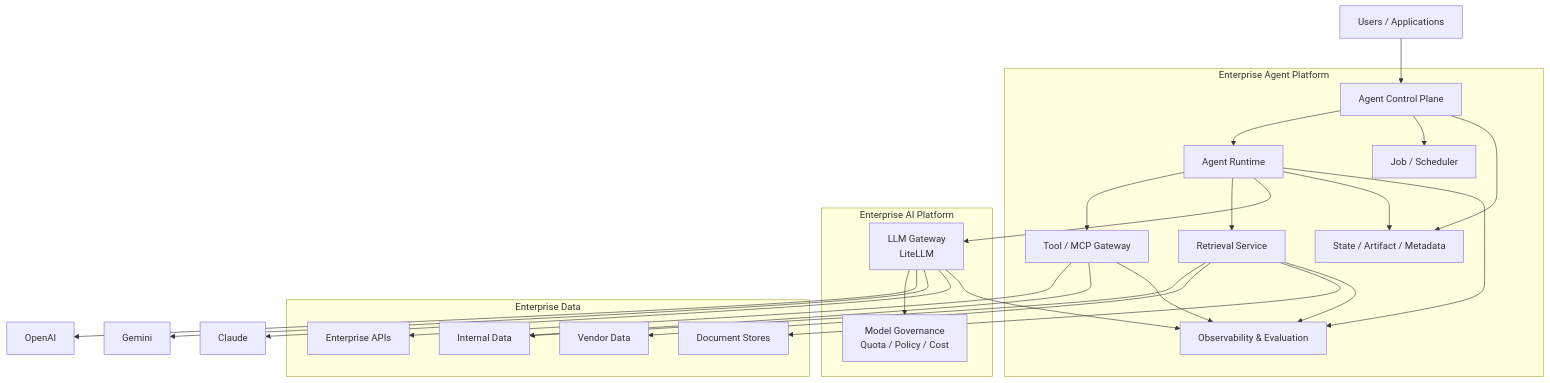
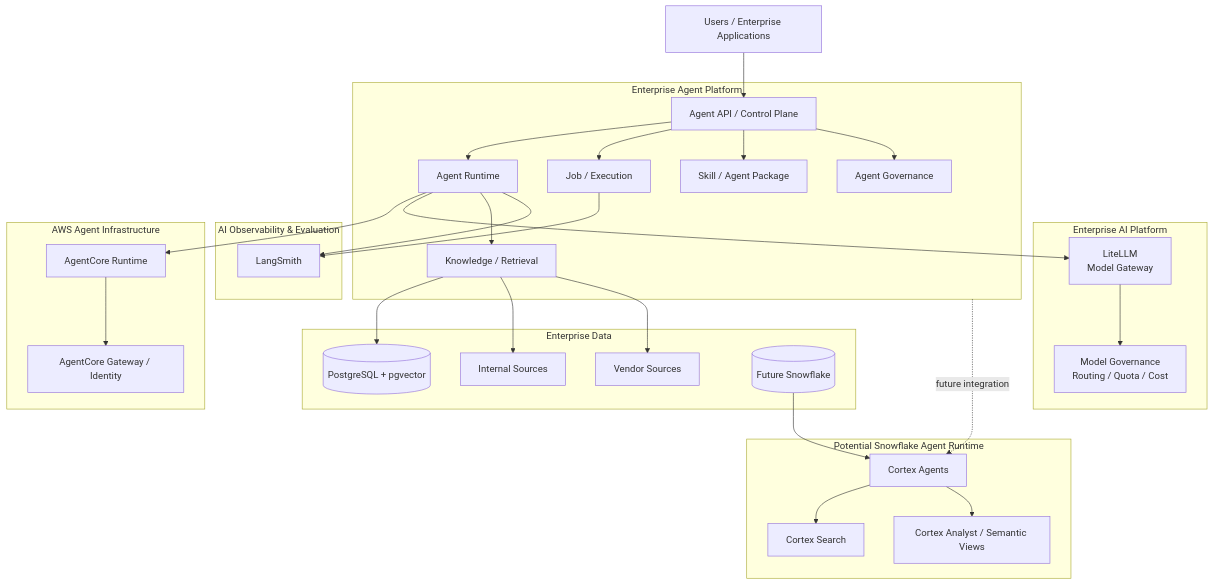
The first of 4 diagrams in temp/agent研究.md (devweekly/devweekly.github.io), drawn with Mermaid before and after one commit. The commit also changed other lines of this file and 2 other files, not shown here.

````diff
--- a/temp/agent研究.md
+++ b/temp/agent研究.md
@@ -48,54 +289,69 @@
 ```mermaid
 flowchart TB
 
-    U[Users / Applications]
+    USER[Users / Enterprise Applications]
+
+    subgraph AIP["Enterprise AI Platform"]
+        LG[LiteLLM<br/>Model Gateway]
+        MG[Model Governance<br/>Routing / Quota / Cost]
+    end
 
     subgraph AP["Enterprise Agent Platform"]
-        CP["Agent Control Plane"]
-        RT["Agent Runtime"]
-        TG["Tool / MCP Gateway"]
-        RS["Retrieval Service"]
-        JO["Job / Scheduler"]
-        OB["Observability & Evaluation"]
-        ST["State / Artifact / Metadata"]
+        CP[Agent API / Control Plane]
+        AR[Agent Runtime]
+        JOB[Job / Execution]
+        SK[Skill / Agent Package]
+        KNOW[Knowledge / Retrieval]
+        GOV[Agent Governance]
     end
 
-    subgraph AIP["Enterprise AI Platform"]
-        LG["LLM Gateway<br/>LiteLLM"]
-        GOV["Model Governance<br/>Quota / Policy / Cost"]
+    subgraph OBS["AI Observability & Evaluation"]
+        LS[LangSmith]
+    end
+
+    subgraph AWS["AWS Agent Infrastructure"]
+        AC[AgentCore Runtime]
+        AG[AgentCore Gateway / Identity]
     end
 
     subgraph DATA["Enterprise Data"]
-        INT["Internal Data"]
-        VEN["Vendor Data"]
-        DOC["Document Stores"]
-        API["Enterprise APIs"]
+        PG[(PostgreSQL + pgvector)]
+        INT[Internal Sources]
+        VEN[Vendor Sources]
+        SF[(Future Snowflake)]
     end
 
-    U --> CP
-    CP --> RT
-    CP --> JO
-    CP --> ST
+    subgraph SFAG["Potential Snowflake Agent Runtime"]
+        CA[Cortex Agents]
+        CS[Cortex Search]
+        CAN[Cortex Analyst / Semantic Views]
+    end
 
-    RT --> TG
-    RT --> RS
-    RT --> LG
-    RT --> ST
+    USER --> CP
 
-    TG --> API
-    TG --> INT
+    CP --> AR
+    CP --> JOB
+    CP --> SK
+    CP --> GOV
 
-    RS --> INT
-    RS --> VEN
-    RS --> DOC
+    AR --> AC
+    AR --> LG
+    AR --> KNOW
 
-    LG --> GOV
-    LG --> OpenAI
-    LG --> Gemini
-    LG --> Claude
+    KNOW --> PG
+    KNOW --> INT
+    KNOW --> VEN
 
-    RT --> OB
-    RS --> OB
-    TG --> OB
-    LG --> OB
+    AR --> LS
+    JOB --> LS
+
+    AC --> AG
+
+    LG --> MG
+
+    SF --> CA
+    CA --> CS
+    CA --> CAN
+
+    AP -. future integration .-> CA
 ```
````
